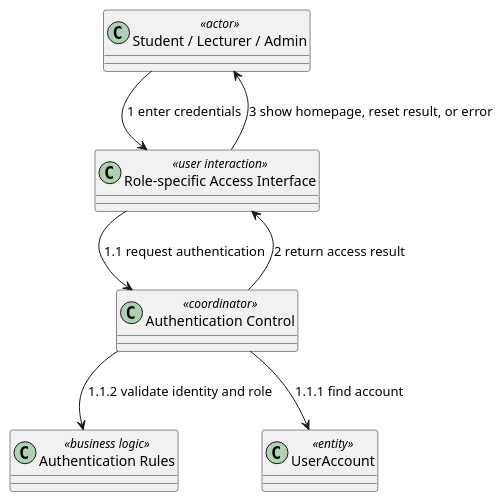
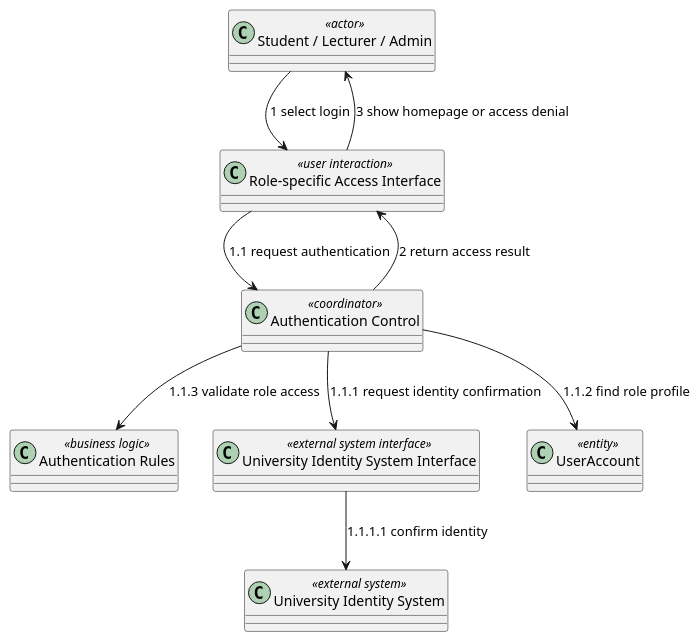
One commit to nttung42/SWD392 changed the eighth of 29 diagrams in docs/sds/2_Analysis.md. Above: the diagram before and after it, drawn with PlantUML. The commit also changed other lines of this file and 5 other files, not shown here.

````diff
--- a/docs/sds/2_Analysis.md
+++ b/docs/sds/2_Analysis.md
@@ -398,16 +409,20 @@
 ```plantuml
 @startuml
 class "Student / Lecturer / Admin" as User <<actor>>
 class "Role-specific Access Interface" as AccessUI <<user interaction>>
 class "Authentication Control" as AuthControl <<coordinator>>
 class "Authentication Rules" as AuthRules <<business logic>>
+class "University Identity System Interface" as UISInterface <<external system interface>>
+class "University Identity System" as UIS <<external system>>
 class "UserAccount" as UserAccount <<entity>>
 
-User --> AccessUI : 1 enter credentials
+User --> AccessUI : 1 select login
 AccessUI --> AuthControl : 1.1 request authentication
-AuthControl --> UserAccount : 1.1.1 find account
-AuthControl --> AuthRules : 1.1.2 validate identity and role
+AuthControl --> UISInterface : 1.1.1 request identity confirmation
+UISInterface --> UIS : 1.1.1.1 confirm identity
+AuthControl --> UserAccount : 1.1.2 find role profile
+AuthControl --> AuthRules : 1.1.3 validate role access
 AuthControl --> AccessUI : 2 return access result
-AccessUI --> User : 3 show homepage, reset result, or error
+AccessUI --> User : 3 show homepage or access denial
 @enduml
 ```
````
